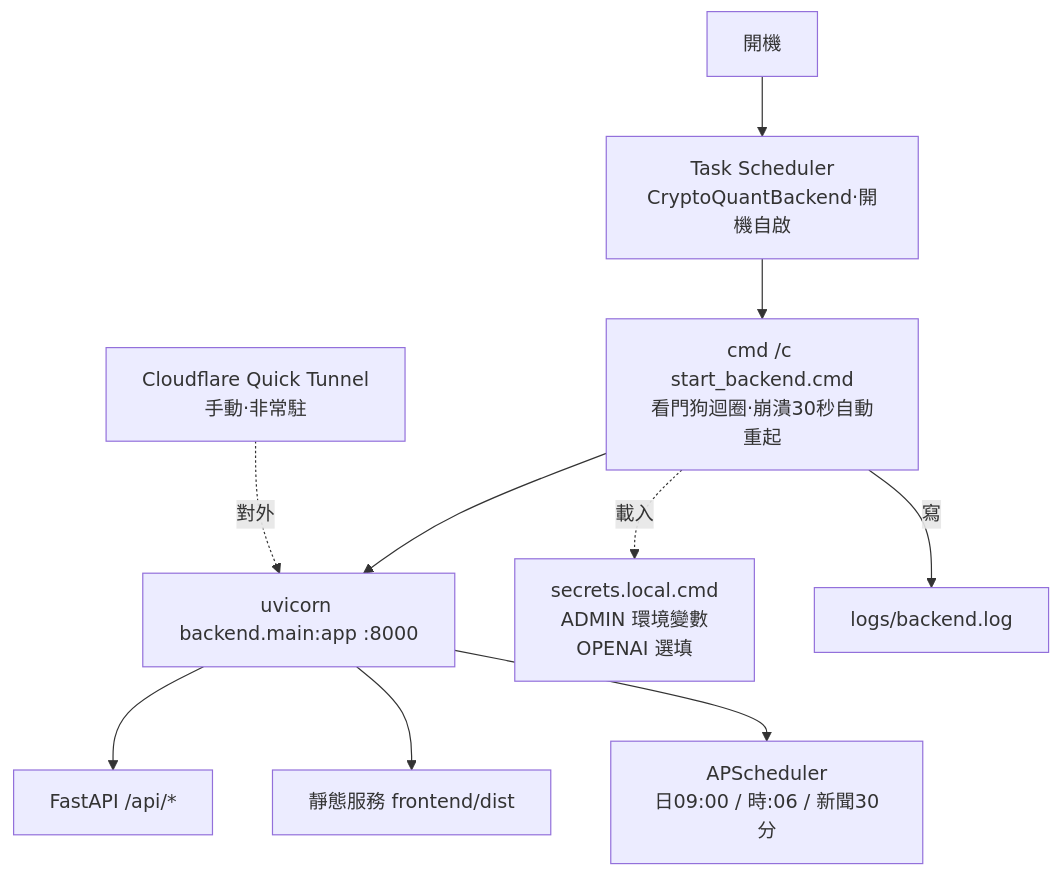
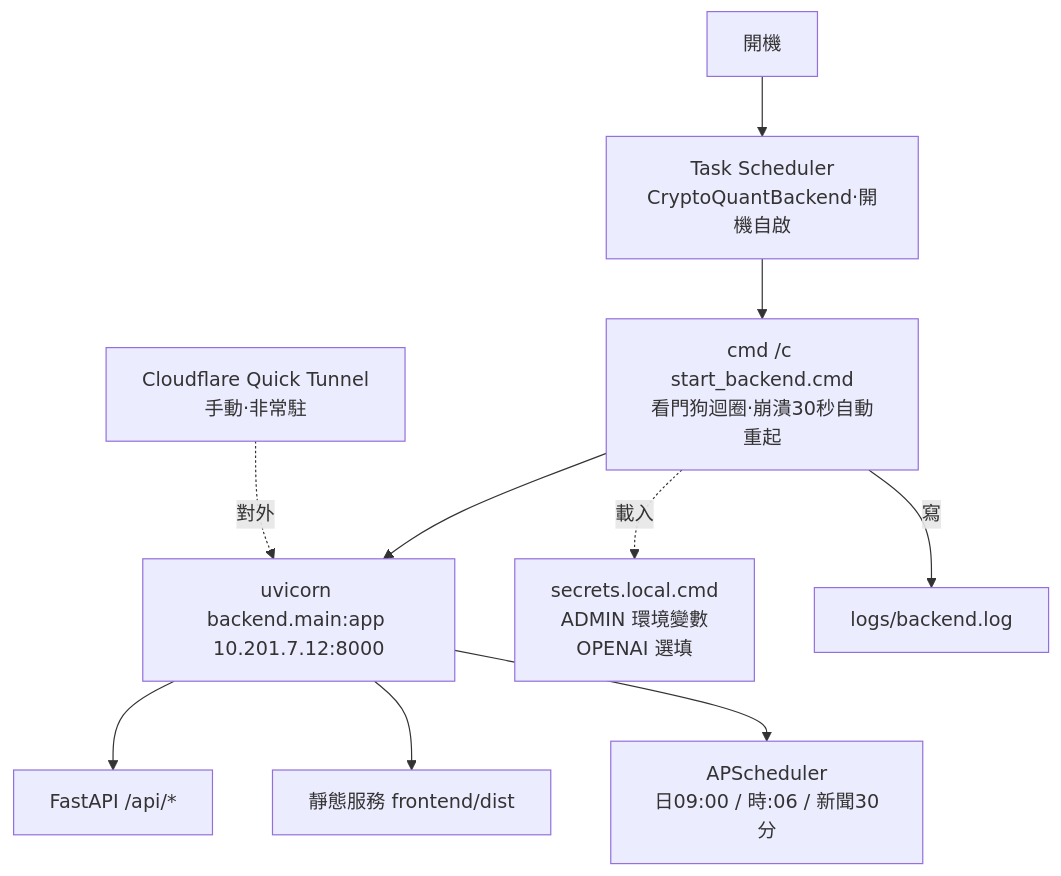
One commit to yunzhenz-chainwin/crypto-quant changed the diagram in docs/archive/部署與運維.md. Above: the diagram before and after it, drawn with Mermaid. The commit also changed other lines of this file and 41 other files, not shown here.

````diff
--- a/docs/archive/部署與運維.md
+++ b/docs/archive/部署與運維.md
@@ -12,12 +12,12 @@
 ```mermaid
 flowchart TD
     BOOT["開機"] --> TS["Task Scheduler<br/>CryptoQuantBackend·開機自啟"]
     TS --> CMD["cmd /c start_backend.cmd<br/>看門狗迴圈·崩潰30秒自動重起"]
-    CMD --> UV["uvicorn backend.main:app :8000"]
+    CMD --> UV["uvicorn backend.main:app 10.201.7.12:8000"]
     UV --> API["FastAPI /api/*"]
     UV --> STATIC["靜態服務 frontend/dist"]
     UV --> SCHED["APScheduler<br/>日09:00 / 時:06 / 新聞30分"]
     CMD -.->|"載入"| SEC["secrets.local.cmd<br/>ADMIN 環境變數<br/>OPENAI 選填"]
     CMD -->|"寫"| LOG["logs/backend.log"]
     TUN["Cloudflare Quick Tunnel<br/>手動·非常駐"] -.->|"對外"| UV
 ```
````
